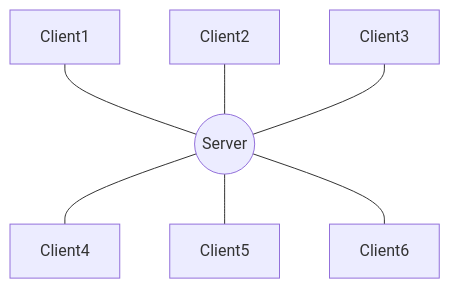
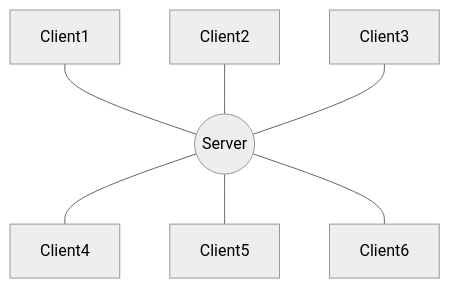
One commit to nickjiang2378/hydroflow changed the first of 2 diagrams in book/concepts.md. Above: the diagram before and after it, drawn with Mermaid. The commit also changed other lines of this file and 17 other files, not shown here.

````diff
--- a/book/concepts.md
+++ b/book/concepts.md
@@ -50,9 +56,10 @@
 ```mermaid
+%%{init: {'theme':'neutral'}}%%
 graph TD;
     Client1---S((Server));
     Client2---S;
     Client3---S;
     S---Client4;
     S---Client5;
     S---Client6;
 ```
````
